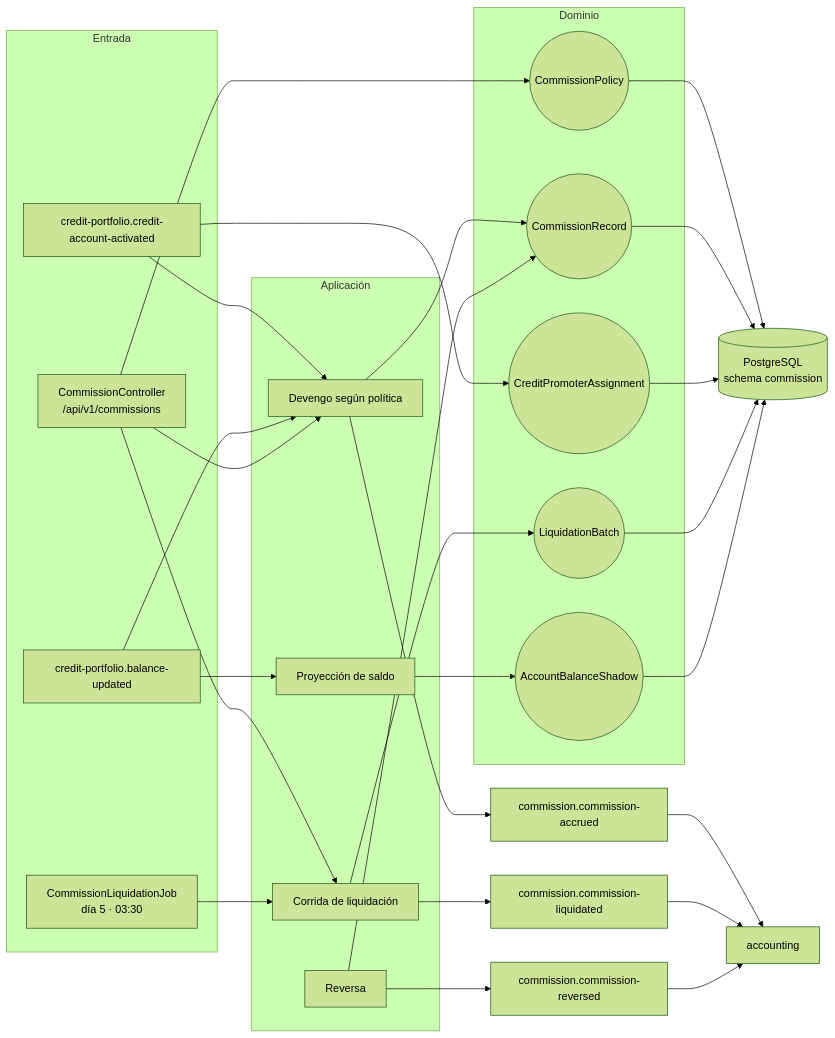
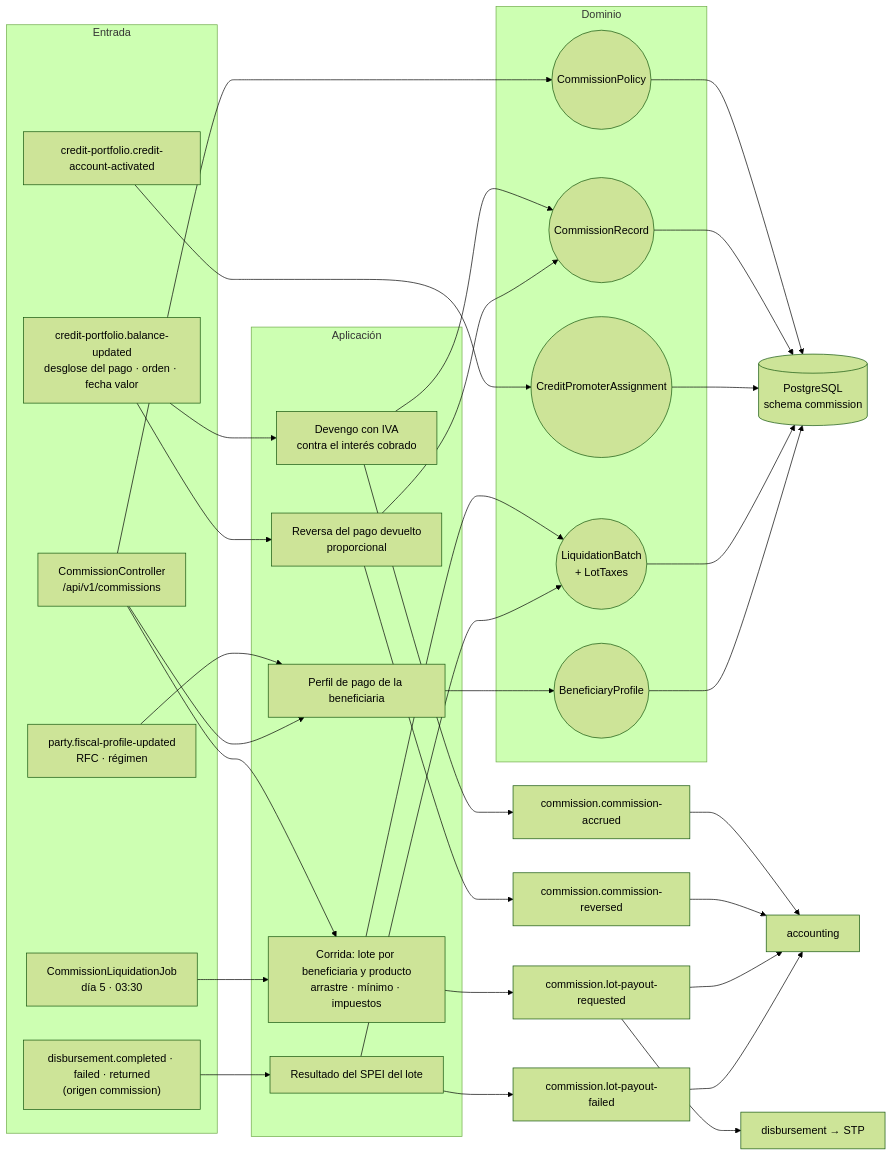
Before and after one commit to Emmanuel93/fintech-services: the first of 2 diagrams in services/commission-service/README.md, drawn with Mermaid (forest theme). The commit also changed other lines of this file and 62 other files, not shown here.

````diff
--- a/services/commission-service/README.md
+++ b/services/commission-service/README.md
@@ -20,40 +20,45 @@
 ```mermaid
 flowchart LR
     subgraph in["Entrada"]
         L1["credit-portfolio.credit-account-activated"]
-        L2["credit-portfolio.balance-updated"]
+        L2["credit-portfolio.balance-updated<br/>desglose del pago · orden · fecha valor"]
+        L3["party.fiscal-profile-updated<br/>RFC · régimen"]
+        L4["disbursement.completed · failed · returned<br/>(origen commission)"]
         REST["CommissionController<br/>/api/v1/commissions"]
         JOB["CommissionLiquidationJob<br/>día 5 · 03:30"]
     end
 
     subgraph app["Aplicación"]
-        ACC["Devengo según política"]
-        LIQ["Corrida de liquidación"]
-        REV["Reversa"]
-        SH["Proyección de saldo"]
+        ACC["Devengo con IVA<br/>contra el interés cobrado"]
+        REV["Reversa del pago devuelto<br/>proporcional"]
+        LIQ["Corrida: lote por beneficiaria y producto<br/>arrastre · mínimo · impuestos"]
+        OUT["Resultado del SPEI del lote"]
+        BP["Perfil de pago de la beneficiaria"]
     end
 
     subgraph dom["Dominio"]
         CP2(("CommissionPolicy"))
         CR(("CommissionRecord"))
         CPA(("CreditPromoterAssignment"))
-        LB(("LiquidationBatch"))
-        ABS(("AccountBalanceShadow"))
+        LB(("LiquidationBatch<br/>+ LotTaxes"))
+        BPF(("BeneficiaryProfile"))
     end
 
-    L1 --> ACC
     L1 --> CPA
-    L2 --> SH
-    L2 --> ACC
-    REST --> ACC & LIQ & CP2
+    L2 --> ACC & REV
+    L3 --> BP
+    L4 --> OUT
+    REST --> LIQ & BP & CP2
     JOB --> LIQ
-    ACC --> CR
+    ACC & REV --> CR
     LIQ --> LB
-    REV --> CR
-    SH --> ABS
-    CP2 & CR & CPA & LB & ABS --> DB[("PostgreSQL<br/>schema commission")]
+    OUT --> LB
+    BP --> BPF
+    CP2 & CR & CPA & LB & BPF --> DB[("PostgreSQL<br/>schema commission")]
     ACC --> K1["commission.commission-accrued"]
-    LIQ --> K2["commission.commission-liquidated"]
     REV --> K3["commission.commission-reversed"]
-    K1 & K2 & K3 --> ACCT["accounting"]
+    LIQ --> K2["commission.lot-payout-requested"]
+    OUT --> K4["commission.lot-payout-failed"]
+    K1 & K3 & K2 & K4 --> ACCT["accounting"]
+    K2 --> DISB["disbursement → STP"]
 ```
````
